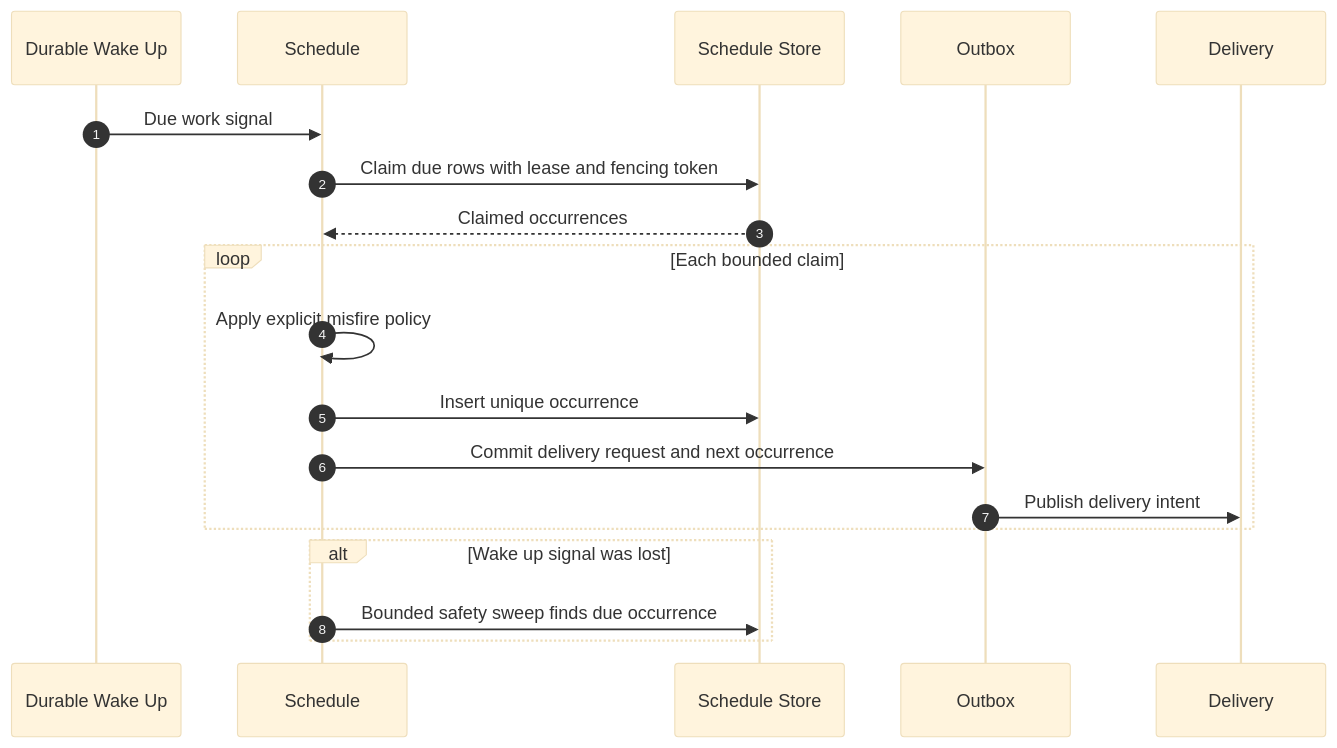
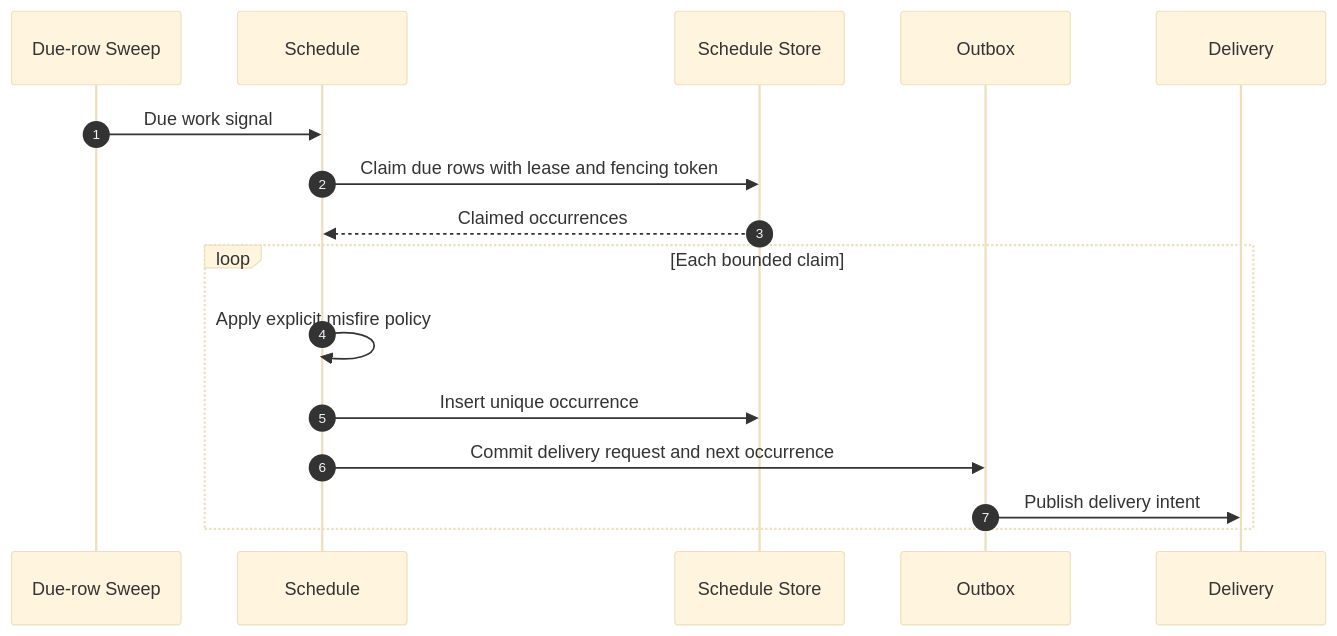
The sixth of 54 diagrams in docs/architecture/04-runtime-flows.md (obsidia-systems/Discord-Bot-Open-Source), drawn with Mermaid (base theme) before and after one commit. The commit also changed other lines of this file and 27 other files, not shown here.

First line of the commit message:
feat(architecture): add comprehensive architecture review documentation

````diff
--- a/docs/architecture/04-runtime-flows.md
+++ b/docs/architecture/04-runtime-flows.md
@@ -181,24 +180,20 @@
 ```mermaid
 sequenceDiagram
     autonumber
-    participant Clock as Durable Wake Up
+    participant Sweep as Due-row Sweep
     participant Schedule
     participant Store as Schedule Store
     participant Outbox
     participant Delivery
 
-    Clock->>Schedule: Due work signal
+    Sweep->>Schedule: Due work signal
     Schedule->>Store: Claim due rows with lease and fencing token
     Store-->>Schedule: Claimed occurrences
 
     loop Each bounded claim
         Schedule->>Schedule: Apply explicit misfire policy
         Schedule->>Store: Insert unique occurrence
         Schedule->>Outbox: Commit delivery request and next occurrence
         Outbox->>Delivery: Publish delivery intent
     end
-
-    alt Wake up signal was lost
-        Schedule->>Store: Bounded safety sweep finds due occurrence
-    end
 ```
````
